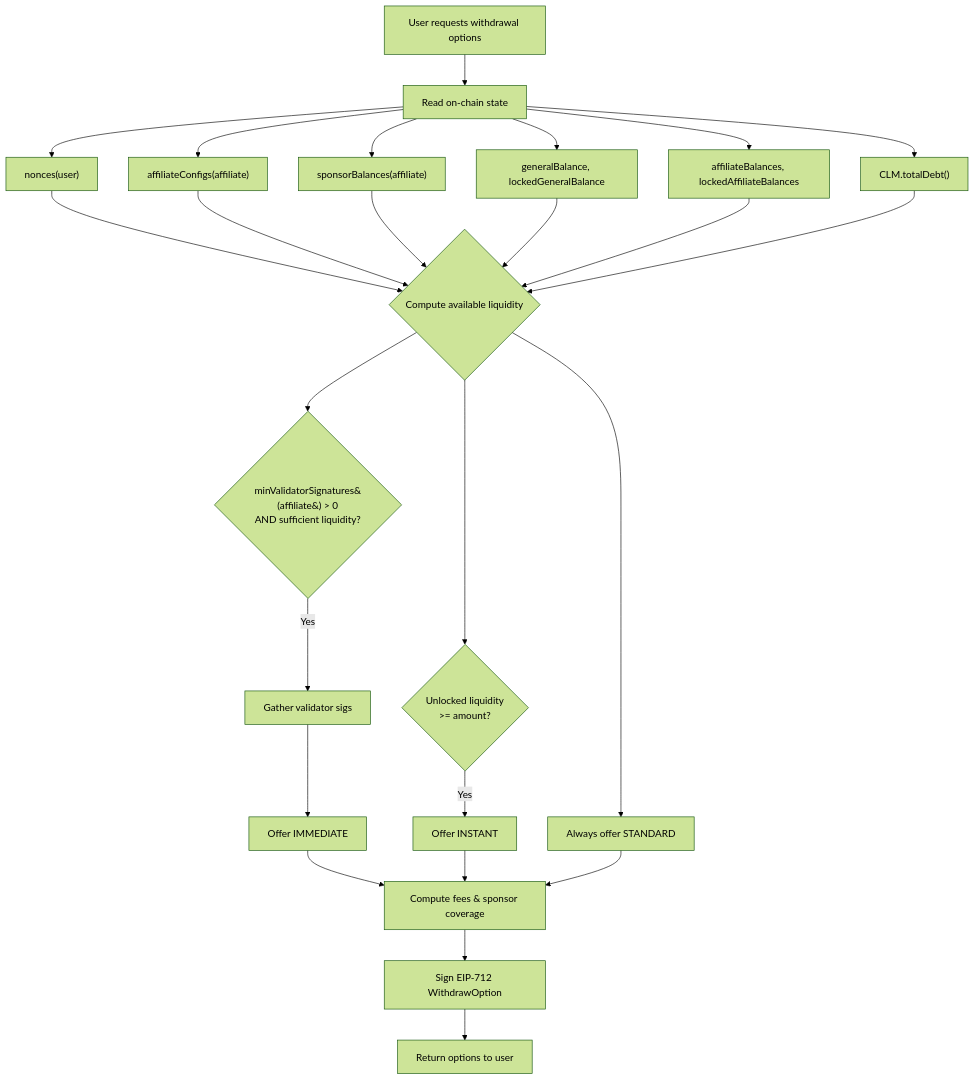
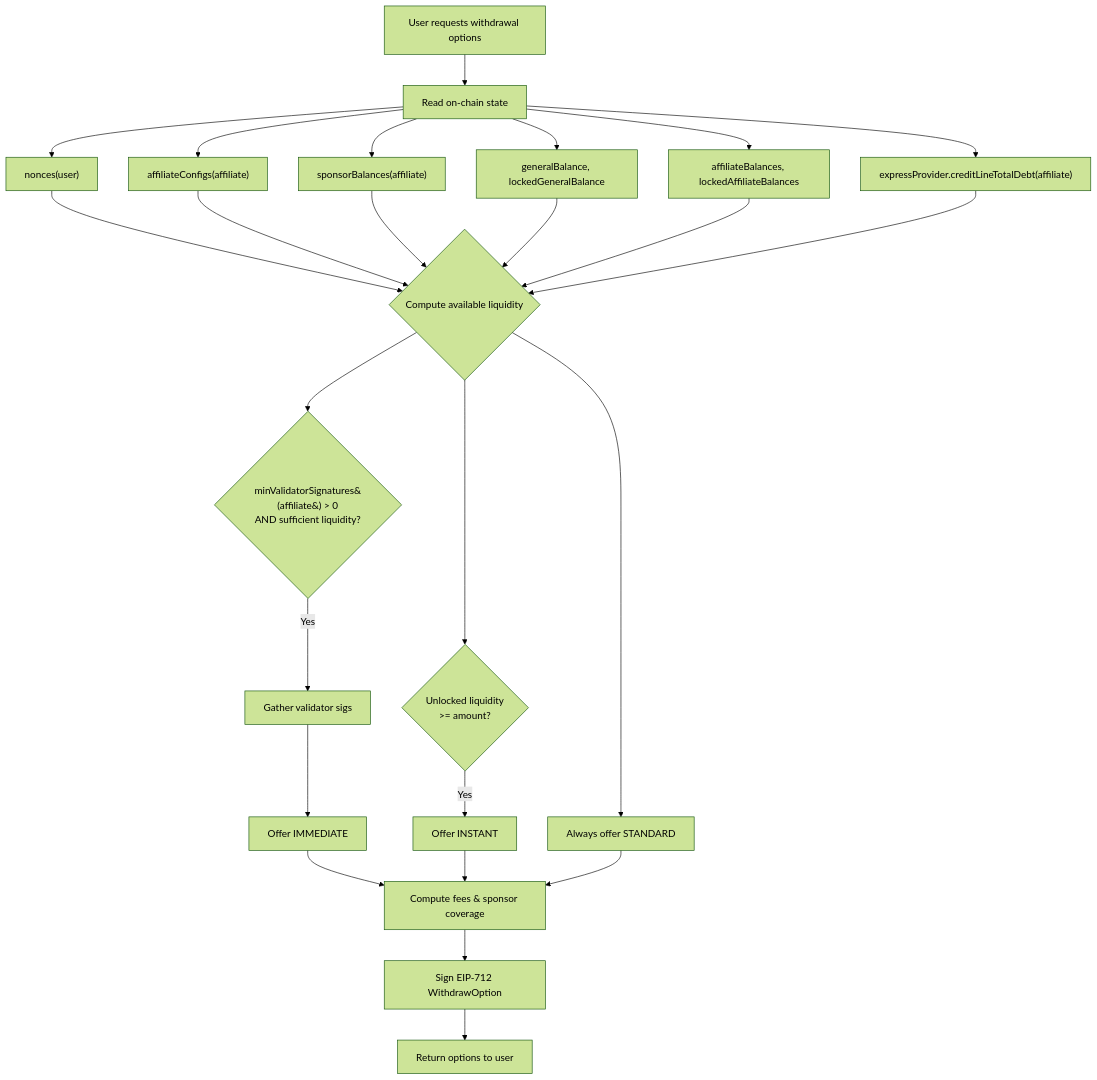
The sixth of 30 diagrams in docs/v0.8.6/express-bot-operations-checklist.md (SYMM-IO/perps-core), drawn with Mermaid (forest theme) before and after one commit. The commit also changed other lines of this file and 1 other file, not shown here.

Commit message:
docs: update express layer docs for CreditLineFacet migration

````diff
--- a/docs/v0.8.6/express-bot-operations-checklist.md
+++ b/docs/v0.8.6/express-bot-operations-checklist.md
@@ -514,25 +514,25 @@
 ```mermaid
 flowchart TD
     A[User requests withdrawal options] --> B[Read on-chain state]
     B --> B1["nonces(user)"]
     B --> B2["affiliateConfigs(affiliate)"]
     B --> B3["sponsorBalances(affiliate)"]
     B --> B4["generalBalance, lockedGeneralBalance"]
     B --> B5["affiliateBalances, lockedAffiliateBalances"]
-    B --> B6["CLM.totalDebt()"]
+    B --> B6["expressProvider.creditLineTotalDebt(affiliate)"]
 
     B1 & B2 & B3 & B4 & B5 & B6 --> C{Compute available liquidity}
 
     C --> D{minValidatorSignatures&#40;affiliate&#41; > 0\nAND sufficient liquidity?}
     D -->|Yes| D1[Gather validator sigs]
     D1 --> D2[Offer IMMEDIATE]
 
     C --> E{Unlocked liquidity\n>= amount?}
     E -->|Yes| E1[Offer INSTANT]
 
     C --> G[Always offer STANDARD]
 
     D2 & E1 & G --> H[Compute fees & sponsor coverage]
     H --> I[Sign EIP-712 WithdrawOption]
     I --> J[Return options to user]
 ```
````
